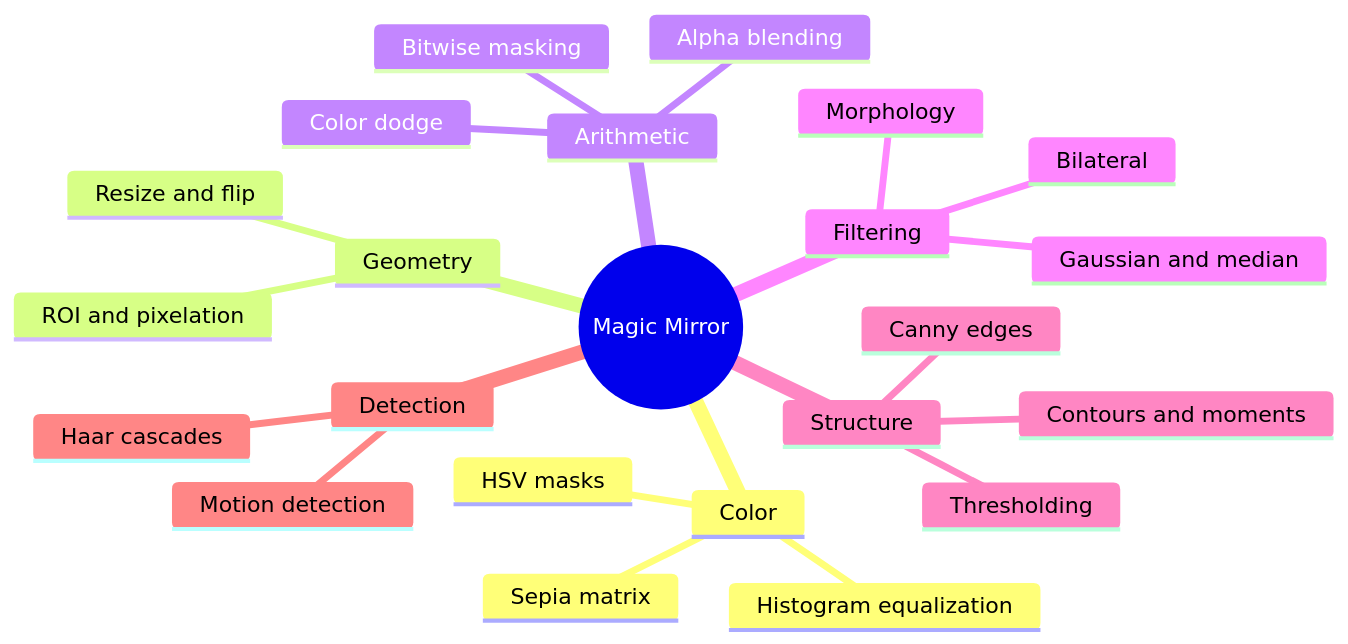
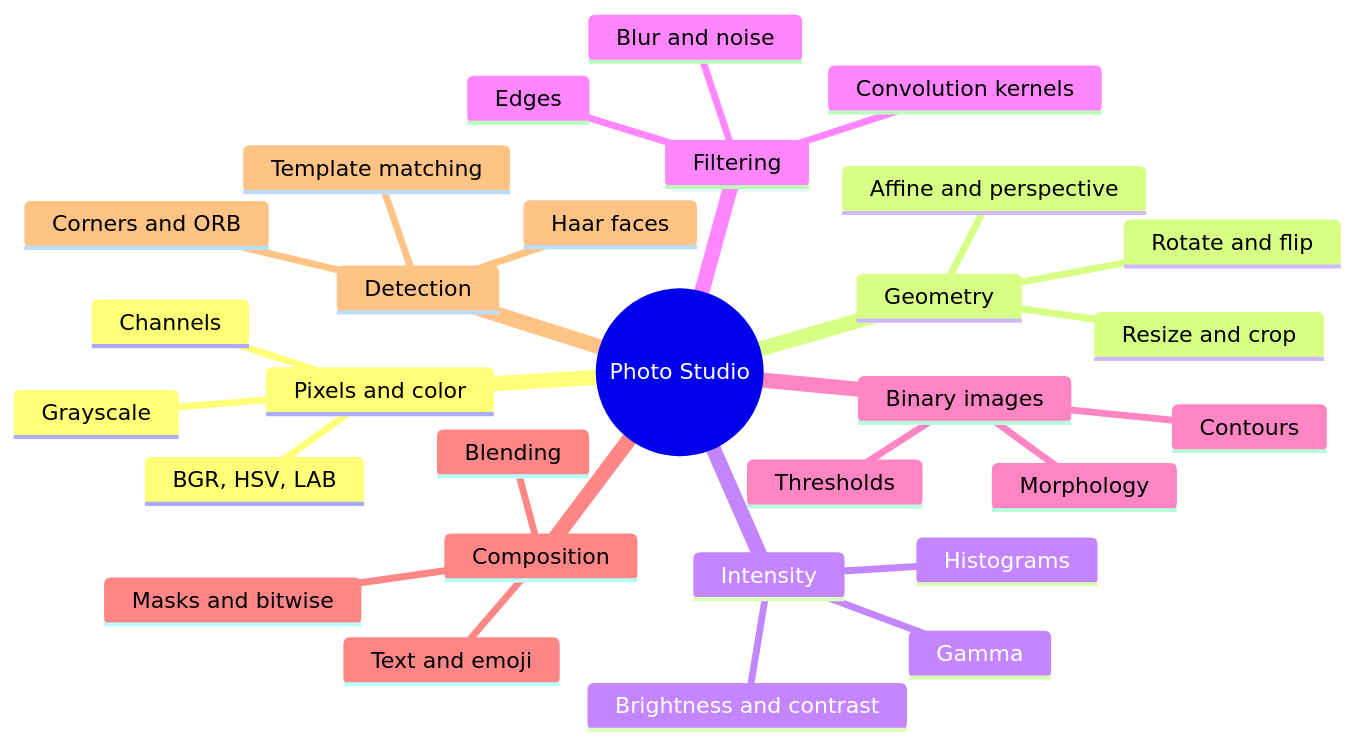
One commit to Hagar-Ghazi/magic-mirror changed the seventh of 7 diagrams in README.md. Above: the diagram before and after it, drawn with Mermaid. The commit also changed other lines of this file and 81 other files, not shown here.

First line of the commit message:
Replace webcam spells with Photo Studio: 73 classic OpenCV image-editing tools

````diff
--- a/README.md
+++ b/README.md
@@ -328,26 +388,32 @@
 ```mermaid
 mindmap
-  root((Magic Mirror))
-    Color
-      HSV masks
-      Histogram equalization
-      Sepia matrix
+  root((Photo Studio))
+    Pixels and color
+      BGR, HSV, LAB
+      Channels
+      Grayscale
     Geometry
-      Resize and flip
-      ROI and pixelation
-    Arithmetic
-      Bitwise masking
-      Alpha blending
-      Color dodge
+      Resize and crop
+      Rotate and flip
+      Affine and perspective
+    Intensity
+      Brightness and contrast
+      Gamma
+      Histograms
     Filtering
-      Gaussian and median
-      Bilateral
+      Blur and noise
+      Convolution kernels
+      Edges
+    Binary images
+      Thresholds
       Morphology
-    Structure
-      Canny edges
-      Contours and moments
-      Thresholding
+      Contours
+    Composition
+      Masks and bitwise
+      Blending
+      Text and emoji
     Detection
-      Haar cascades
-      Motion detection
+      Haar faces
+      Corners and ORB
+      Template matching
 ```
````
